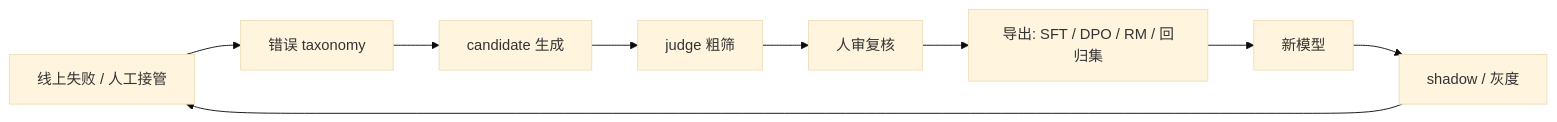
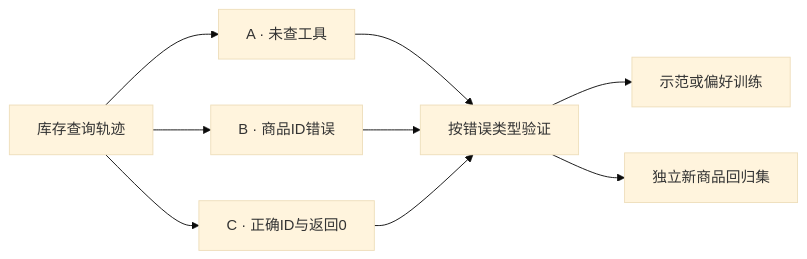
The diagram in files/training/post-training-data-engines-and-judge-models.md (Charles2530/Charles-AI-notes), drawn with Mermaid (base theme) before and after one commit. The commit also changed other lines of this file and 954 other files, not shown here.

````diff
--- a/files/training/post-training-data-engines-and-judge-models.md
+++ b/files/training/post-training-data-engines-and-judge-models.md
@@ -81,11 +18,11 @@
 ```mermaid
 flowchart LR
-    A["线上失败 / 人工接管"] --> B["错误 taxonomy"]
-    B --> C["candidate 生成"]
-    C --> D["judge 粗筛"]
-    D --> E["人审复核"]
-    E --> F["导出: SFT / DPO / RM / 回归集"]
-    F --> G["新模型"]
-    G --> H["shadow / 灰度"]
-    H --> A
+  T["库存查询轨迹"] --> A["A · 未查工具"]
+  T --> B["B · 商品ID错误"]
+  T --> C["C · 正确ID与返回0"]
+  A --> V["按错误类型验证"]
+  B --> V
+  C --> V
+  V --> S["示范或偏好训练"]
+  V --> H["独立新商品回归集"]
 ```
````
